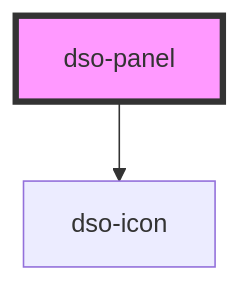
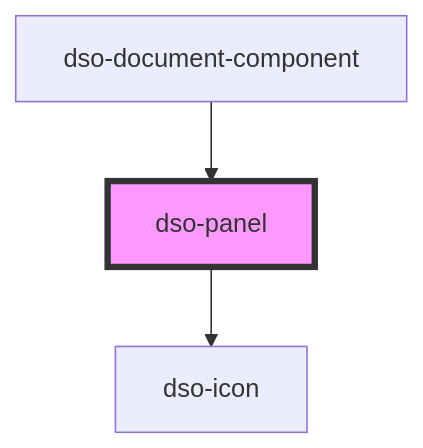
Before and after one commit to dso-toolkit/dso-toolkit: the diagram in packages/core/src/components/panel/readme.md, drawn with Mermaid. The commit also changed other lines of this file and 32 other files, not shown here.

Commit message:
#2765 [Changed] Document Component: Panel implementeren

````diff
--- a/packages/core/src/components/panel/readme.md
+++ b/packages/core/src/components/panel/readme.md
@@ -29,5 +33,6 @@
 ```mermaid
 graph TD;
   dso-panel --> dso-icon
+  dso-document-component --> dso-panel
   style dso-panel fill:#f9f,stroke:#333,stroke-width:4px
 ```
````
